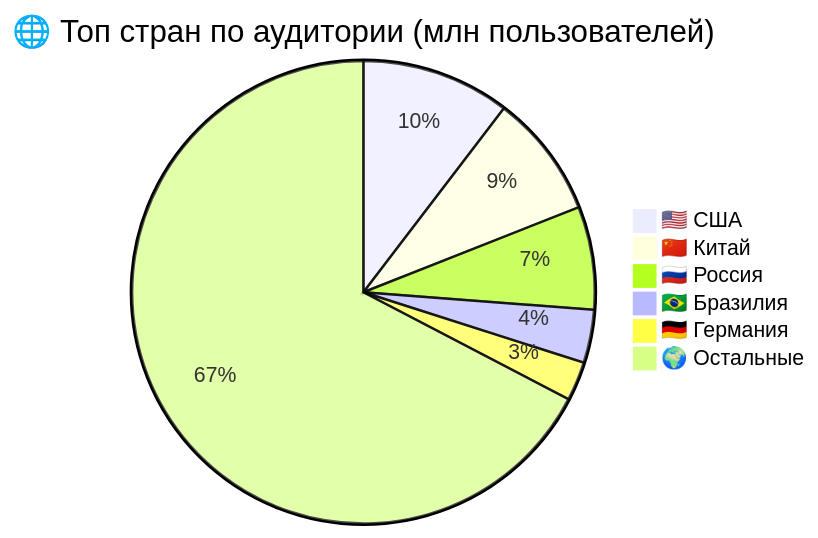
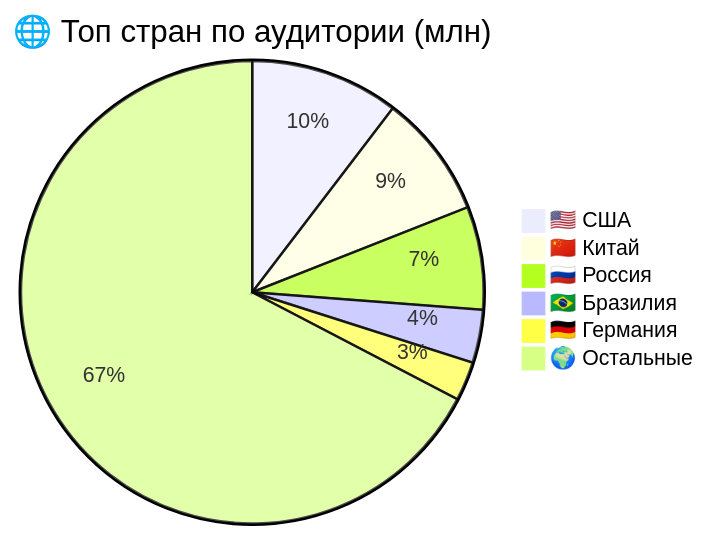
The first of 3 diagrams in README.md (ShadowNair/highload), drawn with Mermaid before and after one commit.

Commit message:
Graphic1

````diff
--- a/README.md
+++ b/README.md
@@ -34,9 +34,24 @@
 ```mermaid
-pie title 🌐 Топ стран по аудитории (млн пользователей)
+%%{init: {
+  'theme': 'base',
+  'pie': {
+    'pieSectionColors': [
+      '#3B82F6',  // 🇺🇸 США — синий
+      '#EF4444',  // 🇨🇳 Китай — красный
+      '#10B981',  // 🇷🇺 Россия — зелёный
+      '#F59E0B',  // 🇧🇷 Бразилия — оранжевый
+      '#8B5CF6',  // 🇩🇪 Германия — фиолетовый
+      '#6B7280'   // 🌍 Остальные — серый
+    ],
+    'strokeWidth': 2,
+    'strokeColor': '#ffffff'
+  }
+}}%%
+pie title 🌐 Топ стран по аудитории (млн)
     "🇺🇸 США" : 13.7
     "🇨🇳 Китай" : 11.4
     "🇷🇺 Россия" : 9.5
     "🇧🇷 Бразилия" : 4.9
     "🇩🇪 Германия" : 3.6
     "🌍 Остальные" : 88.9
 ```
````
